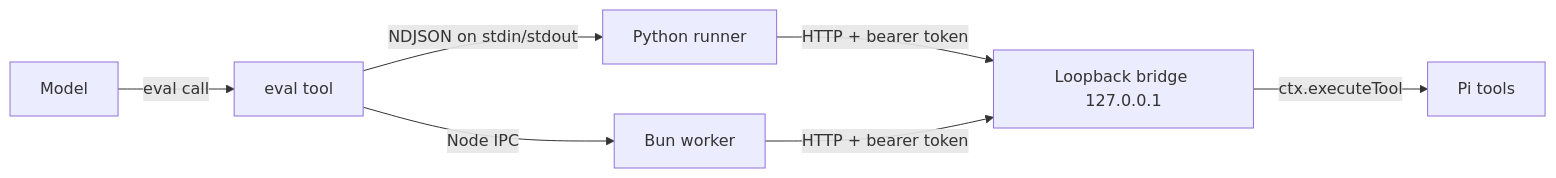
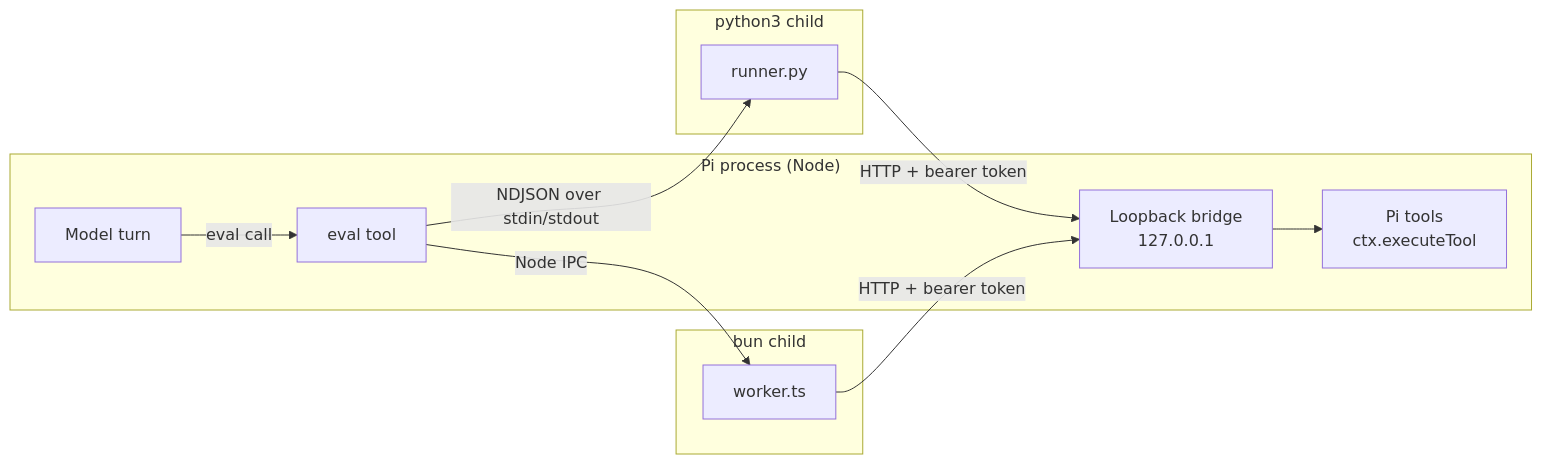
One commit to josemartinrodriguezmortaloni/pi-codesansbox changed the first of 4 diagrams in README.md. Above: the diagram before and after it, drawn with Mermaid. The commit also changed other lines of this file, not shown here.

````diff
--- a/README.md
+++ b/README.md
@@ -116,9 +150,22 @@
 ```mermaid
 flowchart LR
-  model[Model] -->|eval call| tool[eval tool]
-  tool -->|NDJSON on stdin/stdout| py[Python runner]
-  tool -->|Node IPC| js[Bun worker]
-  py -->|HTTP + bearer token| bridge[Loopback bridge 127.0.0.1]
-  js -->|HTTP + bearer token| bridge
-  bridge -->|ctx.executeTool| tools[Pi tools]
+    subgraph pi["Pi process (Node)"]
+        model["Model turn"]
+        tool["eval tool"]
+        bridge["Loopback bridge<br/>127.0.0.1"]
+        tools["Pi tools<br/>ctx.executeTool"]
+    end
+    subgraph pyk["python3 child"]
+        py["runner.py"]
+    end
+    subgraph jsk["bun child"]
+        js["worker.ts"]
+    end
+
+    model -- "eval call" --> tool
+    tool -- "NDJSON over stdin/stdout" --> py
+    tool -- "Node IPC" --> js
+    py -- "HTTP + bearer token" --> bridge
+    js -- "HTTP + bearer token" --> bridge
+    bridge --> tools
 ```
````
